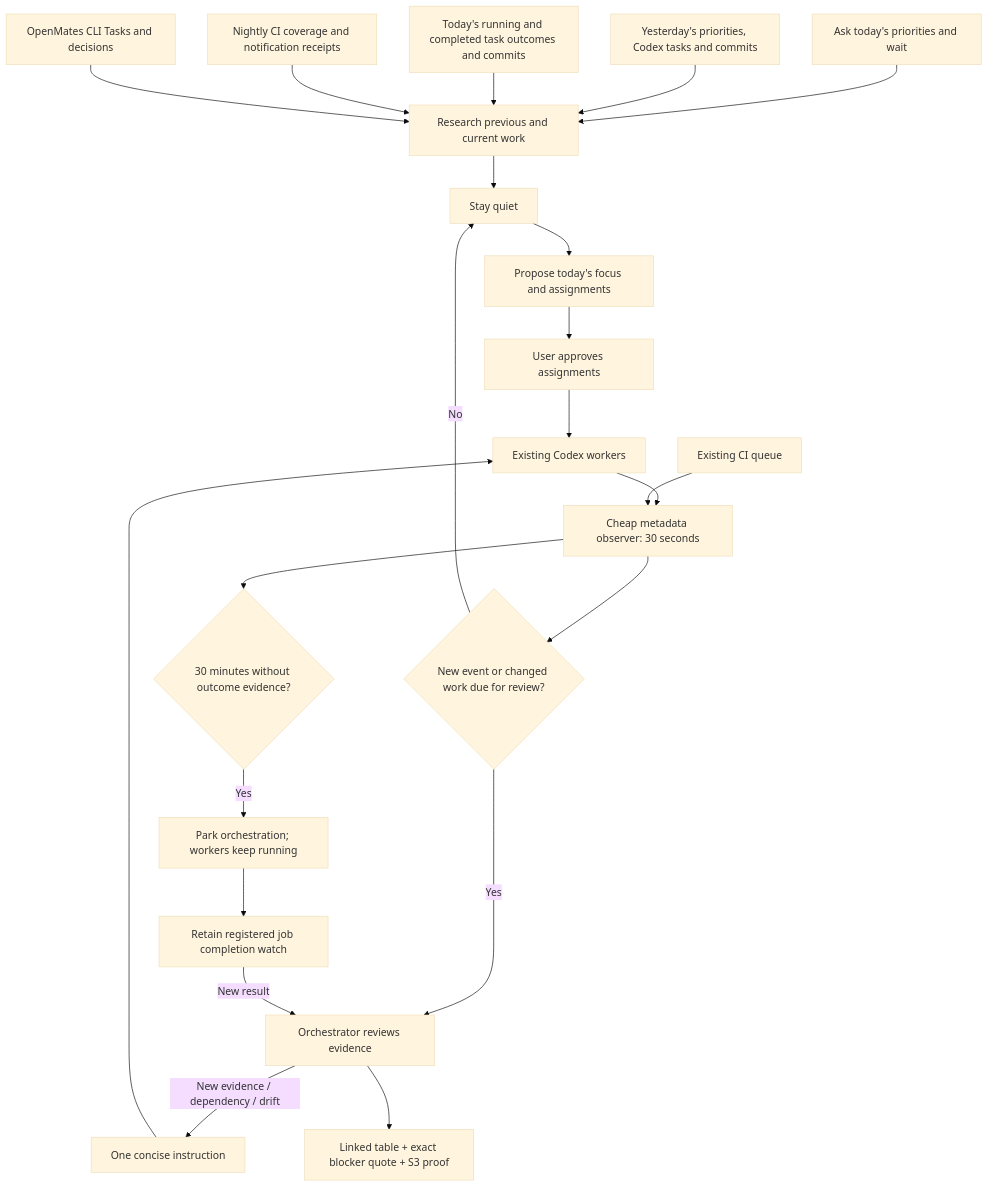
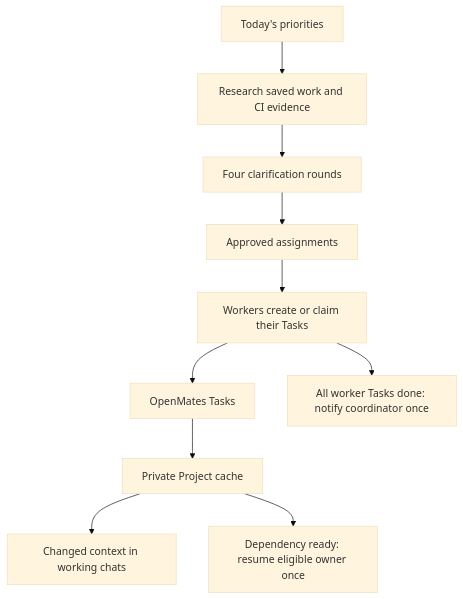
The first of 2 diagrams in docs/architecture/codex-orchestration.md (glowingkitty/OpenMates), drawn with Mermaid (base theme) before and after one commit. The commit also changed other lines of this file and 3 other files, not shown here.

````diff
--- a/docs/architecture/codex-orchestration.md
+++ b/docs/architecture/codex-orchestration.md
@@ -7,24 +8,12 @@
 ```mermaid
 flowchart TD
-    U[Ask today's priorities and wait] --> M[Research previous and current work]
-    H[Yesterday's priorities, Codex tasks and commits] --> M
-    G[Today's running and completed task outcomes and commits] --> M
-    N[Nightly CI coverage and notification receipts] --> M
-    T[OpenMates CLI Tasks and decisions] --> M
-    M --> Q[Four clarification rounds]
-    Q --> F[Propose today's focus and assignments]
-    F --> A[User approves assignments]
-    A --> W[Existing Codex workers]
-    W --> C[Cheap metadata observer: 30 seconds]
-    J[Existing CI queue] --> C
-    C --> D{New event or changed work due for review?}
-    D -->|No| Q[Stay quiet]
-    D -->|Yes| O[Orchestrator reviews evidence]
-    O -->|New evidence / dependency / drift| I[One concise instruction]
-    I --> W
-    O --> R[Linked table + exact blocker quote + S3 proof]
-    C --> P{30 minutes without outcome evidence?}
-    P -->|Yes| K[Park orchestration; workers keep running]
-    K --> E[Retain registered job completion watch]
-    E -->|New result| O
+    U[Today's priorities] --> R[Research saved work and CI evidence]
+    R --> Q[Four clarification rounds]
+    Q --> A[Approved assignments]
+    A --> W[Workers create or claim their Tasks]
+    W --> T[OpenMates Tasks]
+    T --> C[Private Project cache]
+    C --> I[Changed context in working chats]
+    C --> D[Dependency ready: resume eligible owner once]
+    W --> F[All worker Tasks done: notify coordinator once]
 ```
````
